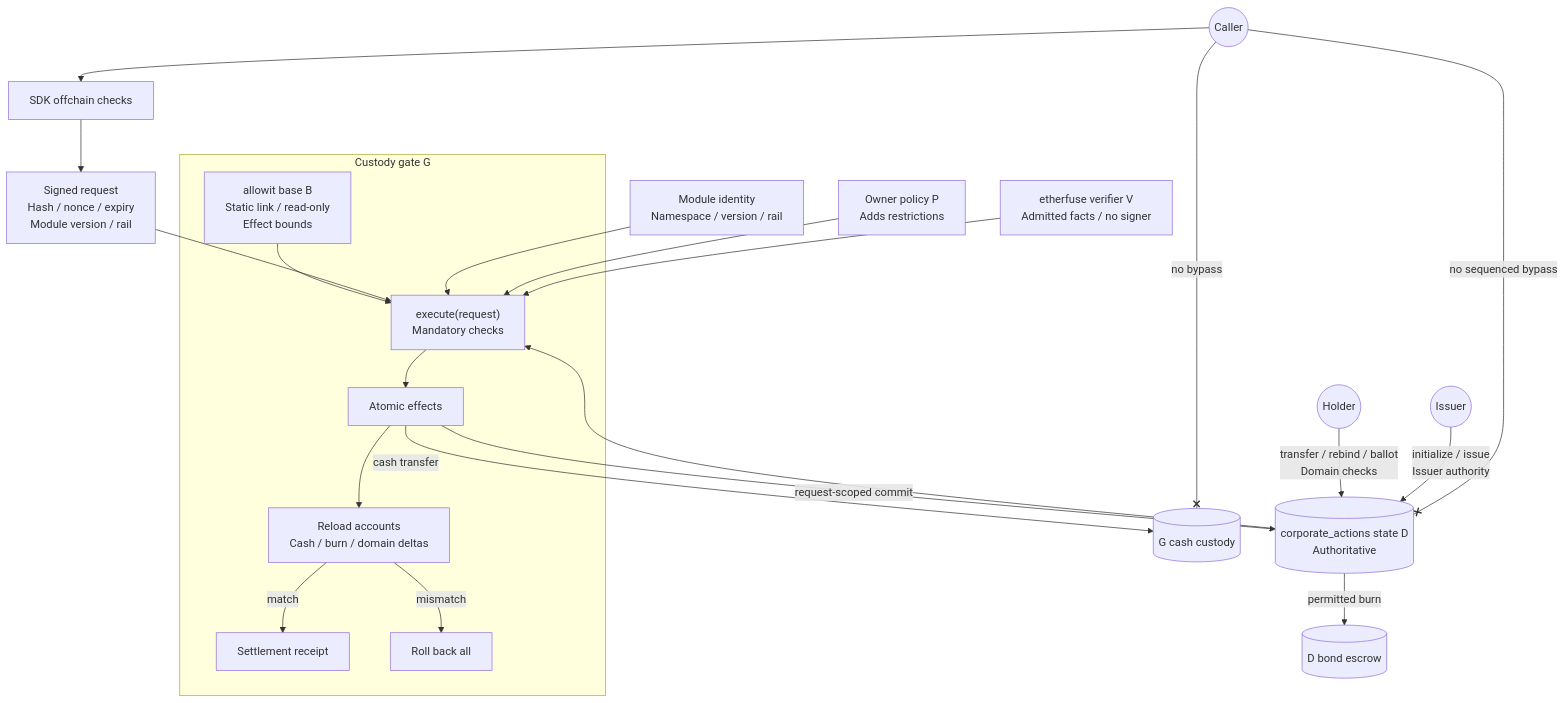
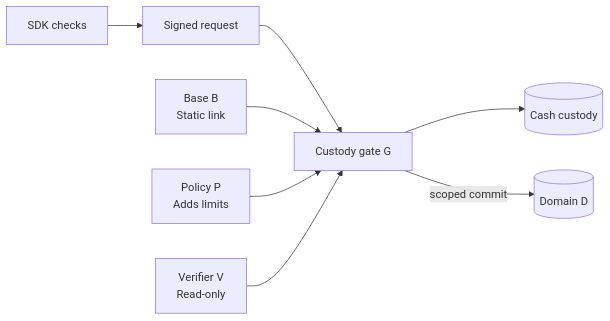
One commit to AllowIt-hq/Colosseum changed the sixth of 6 diagrams in docs/architecture.md. Above: the diagram before and after it, drawn with Mermaid. The commit also changed other lines of this file, not shown here.

Commit message:
docs: clarify deployment choices and detailed architecture references

````diff
--- a/docs/architecture.md
+++ b/docs/architecture.md
@@ -222,24 +191,10 @@
 ```mermaid
-flowchart TB
-    Caller((Caller)) --> SDK[SDK offchain checks]
-    SDK --> Req[Signed request<br/>Hash / nonce / expiry<br/>Module version / rail]
-    subgraph Gate[Custody gate G]
-        Base[allowit base B<br/>Static link / read-only<br/>Effect bounds] --> Check
-        Check["execute(request)<br/>Mandatory checks"] --> Commit[Atomic effects]
-        Commit --> Verify[Reload accounts<br/>Cash / burn / domain deltas]
-        Verify -->|match| Receipt[Settlement receipt]
-        Verify -->|mismatch| Revert[Roll back all]
-    end
-    Req --> Check
-    Reg[Module identity<br/>Namespace / version / rail] --> Check
-    Policy[Owner policy P<br/>Adds restrictions] --> Check
-    Vendor[etherfuse verifier V<br/>Admitted facts / no signer] --> Check
-    Domain[(corporate_actions state D<br/>Authoritative)] --> Check
-    Commit -->|cash transfer| Cash[(G cash custody)]
-    Commit -->|request-scoped commit| Domain
-    Domain -->|permitted burn| Escrow[(D bond escrow)]
-    Holder((Holder)) -->|transfer / rebind / ballot<br/>Domain checks| Domain
-    Issuer((Issuer)) -->|initialize / issue<br/>Issuer authority| Domain
-    Caller --x|no bypass| Cash
-    Caller --x|no sequenced bypass| Domain
+flowchart LR
+    SDK[SDK checks] --> Req[Signed request]
+    Req --> G[Custody gate G]
+    B[Base B<br/>Static link] --> G
+    P[Policy P<br/>Adds limits] --> G
+    V[Verifier V<br/>Read-only] --> G
+    G --> Cash[(Cash custody)]
+    G -->|scoped commit| D[(Domain D)]
 ```
````
